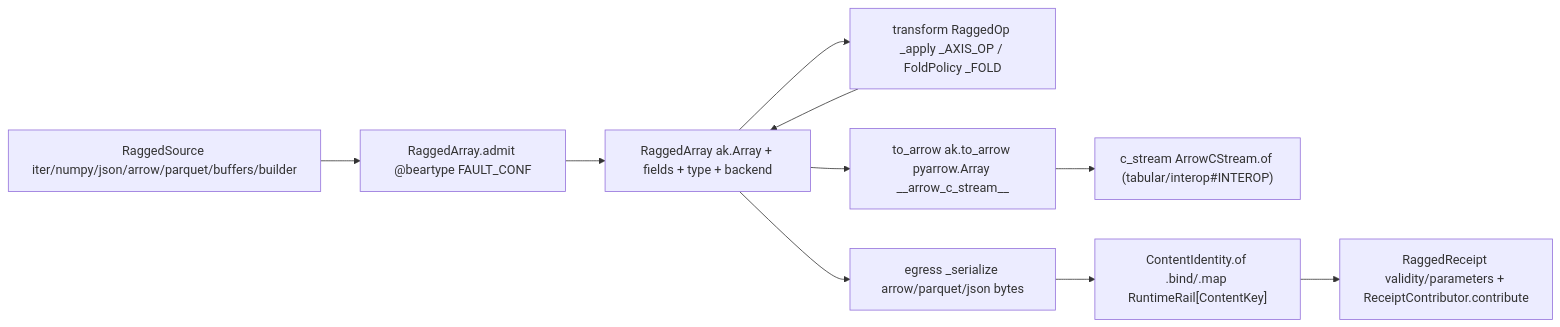
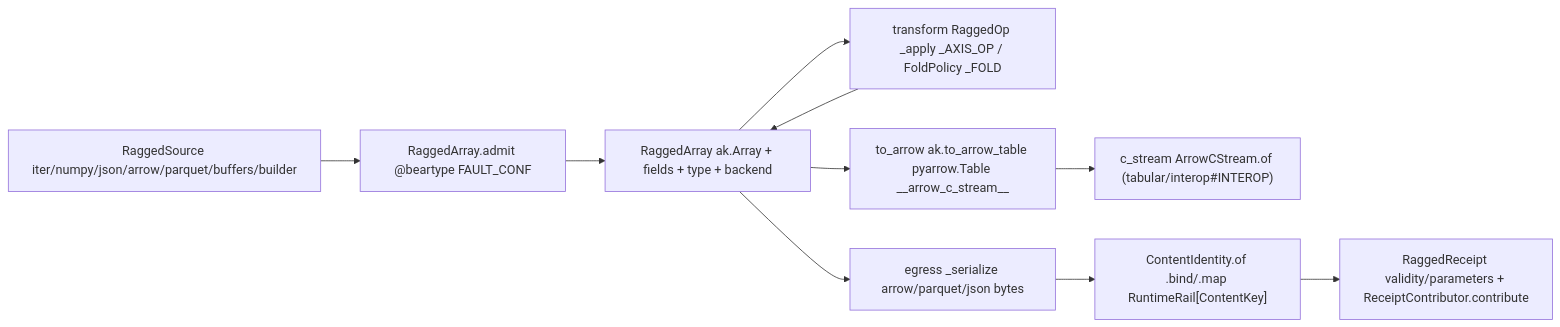
The diagram in libs/python/data/.planning/gridded/ragged.md (bsamiee/Rasm), drawn with Mermaid before and after one commit. The commit also changed other lines of this file and 34 other files, not shown here.

````diff
--- a/libs/python/data/.planning/gridded/ragged.md
+++ b/libs/python/data/.planning/gridded/ragged.md
@@ -346,12 +347,12 @@
 ```mermaid
 flowchart LR
     Source["RaggedSource iter/numpy/json/arrow/parquet/buffers/builder"] --> Admit["RaggedArray.admit @beartype FAULT_CONF"]
     Admit --> Owner["RaggedArray ak.Array + fields + type + backend"]
     Owner --> Transform["transform RaggedOp _apply _AXIS_OP / FoldPolicy _FOLD"]
     Transform --> Owner
-    Owner --> Arrow["to_arrow ak.to_arrow pyarrow.Array __arrow_c_stream__"]
+    Owner --> Arrow["to_arrow ak.to_arrow_table pyarrow.Table __arrow_c_stream__"]
     Arrow --> Stream["c_stream ArrowCStream.of (tabular/interop#INTEROP)"]
     Owner --> Serialize["egress _serialize arrow/parquet/json bytes"]
     Serialize --> Key["ContentIdentity.of .bind/.map RuntimeRail[ContentKey]"]
     Key --> Receipt["RaggedReceipt validity/parameters + ReceiptContributor.contribute"]
 ```
````
